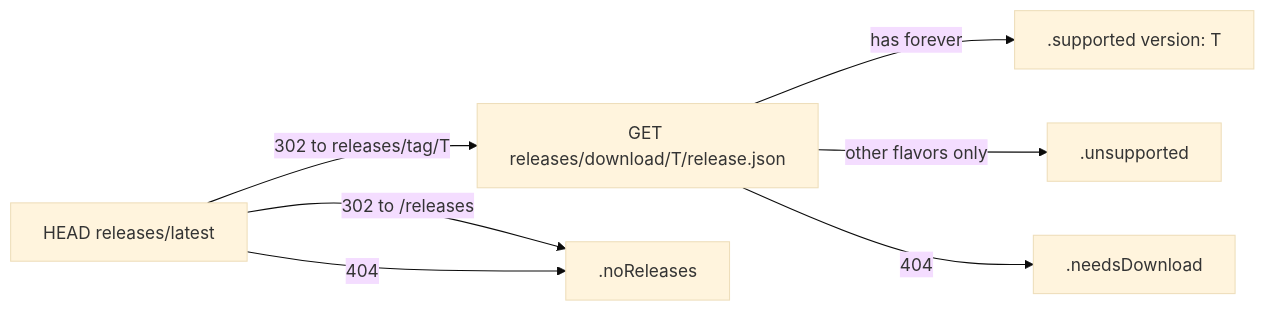
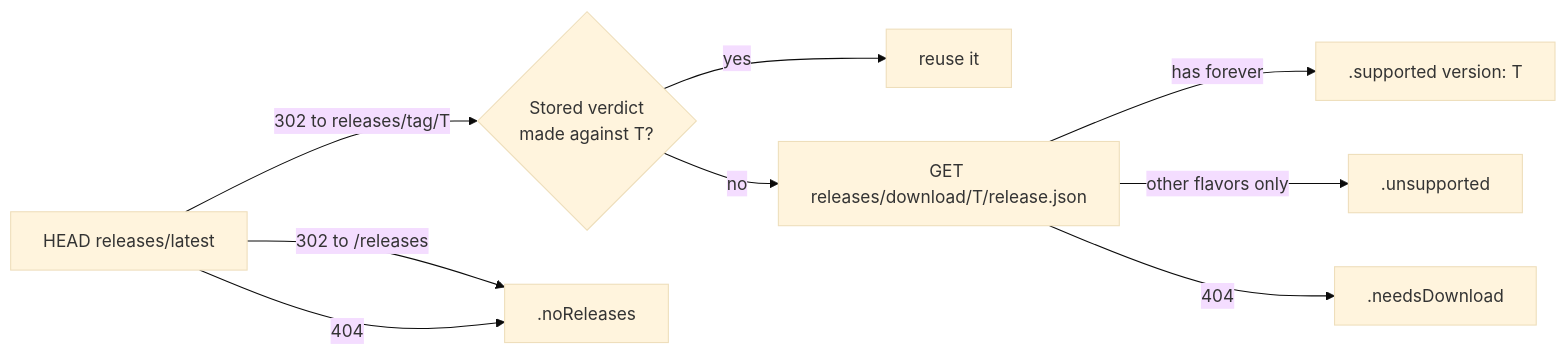
Before and after one commit to miotke/reload: the second of 2 diagrams in docs/github-source.md, drawn with Mermaid (base theme). The commit also changed other lines of this file and 20 other files, not shown here.

````diff
--- a/docs/github-source.md
+++ b/docs/github-source.md
@@ -68,9 +80,11 @@
 ```mermaid
 flowchart LR
-    A[HEAD releases/latest] -- 302 to releases/tag/T --> B[GET releases/download/T/release.json]
+    A[HEAD releases/latest] -- 302 to releases/tag/T --> V{Stored verdict<br/>made against T?}
+    V -- yes --> R[reuse it]
+    V -- no --> B[GET releases/download/T/release.json]
     A -- 302 to /releases --> N[.noReleases]
     A -- 404 --> N
     B -- has forever --> S[.supported version: T]
     B -- other flavors only --> U[.unsupported]
     B -- 404 --> D[.needsDownload]
 ```
````
